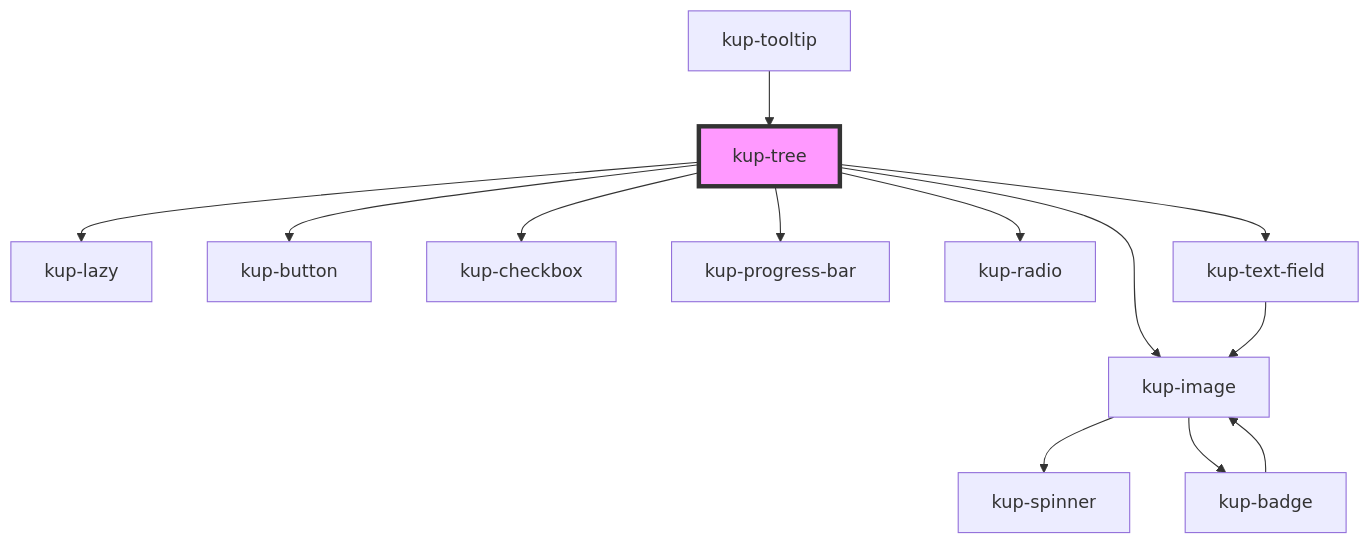
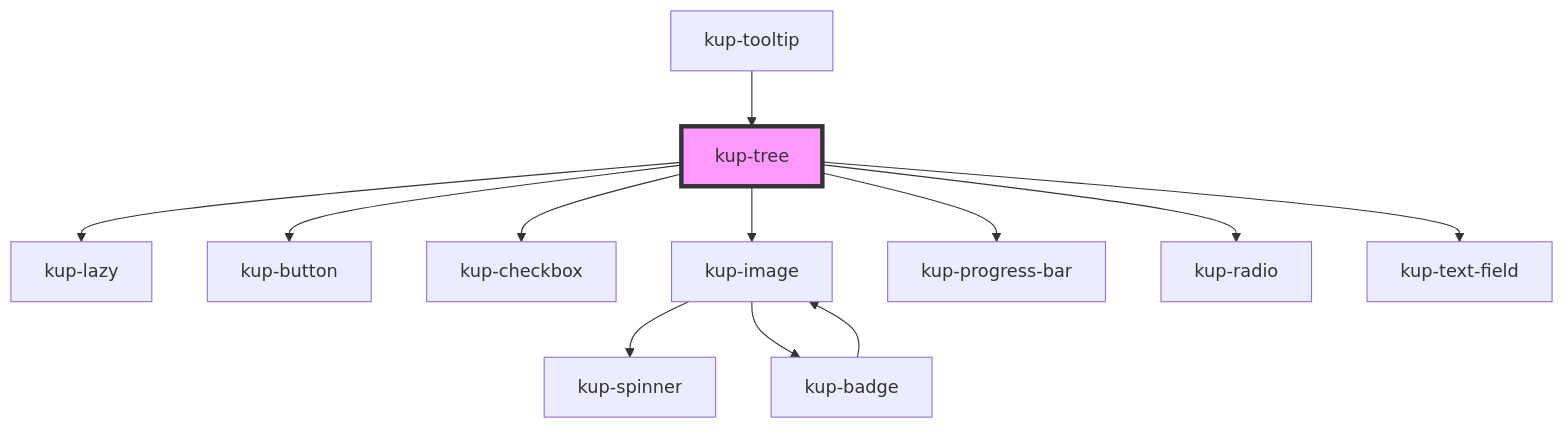
Before and after one commit to smeup/ketchup: the diagram in packages/ketchup/src/components/kup-tree/readme.md, drawn with Mermaid. The commit also changed 13 other files, not shown here.

Commit message:
Replaced kup image with embedded image in text field.

````diff
--- a/packages/ketchup/src/components/kup-tree/readme.md
+++ b/packages/ketchup/src/components/kup-tree/readme.md
@@ -125,16 +125,15 @@
 ```mermaid
 graph TD;
   kup-tree --> kup-lazy
   kup-tree --> kup-button
   kup-tree --> kup-checkbox
   kup-tree --> kup-image
   kup-tree --> kup-progress-bar
   kup-tree --> kup-radio
   kup-tree --> kup-text-field
   kup-image --> kup-spinner
   kup-image --> kup-badge
   kup-badge --> kup-image
-  kup-text-field --> kup-image
   kup-tooltip --> kup-tree
   style kup-tree fill:#f9f,stroke:#333,stroke-width:4px
 ```
````
